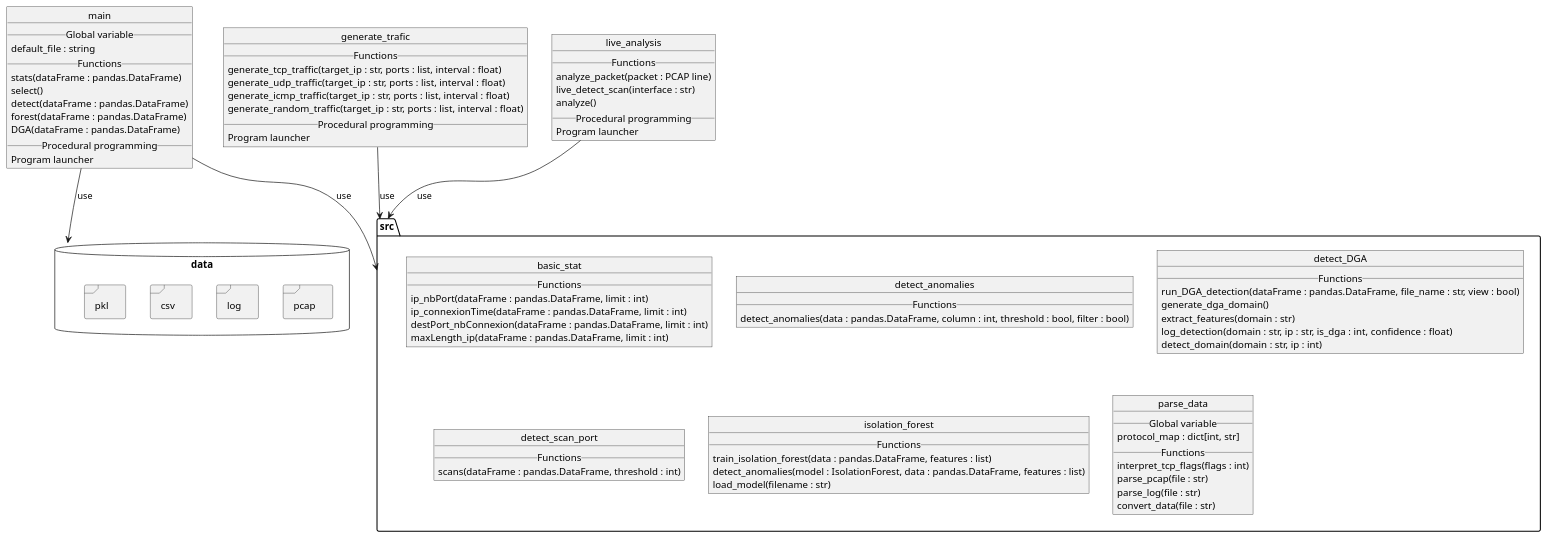
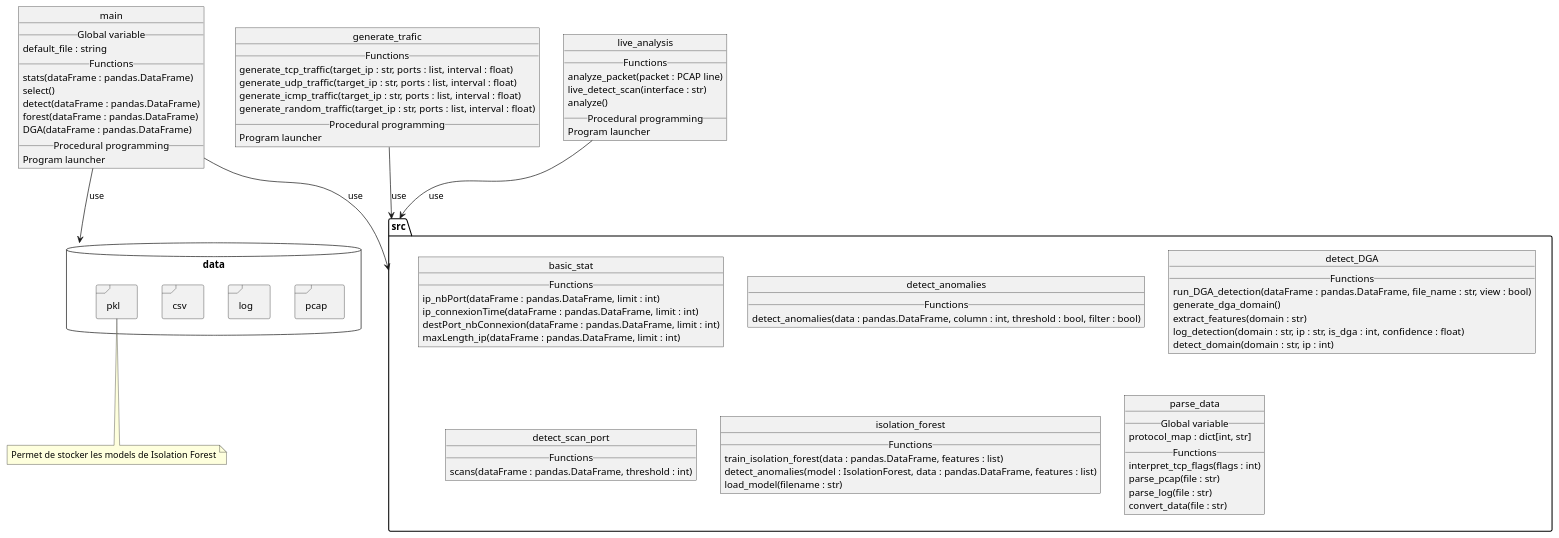
Before and after one commit to Julien3556/Projet_Analyse_Traffic_Reseaux: the diagram in documentation/UML.puml, drawn with PlantUML.

Commit message:
Remove unnecessary whitespace and add note for Isolation Forest model storage in UML diagram

```diff
--- a/documentation/UML.puml
+++ b/documentation/UML.puml
@@ -1,103 +1,102 @@
 @startuml UML
 database "data"{
     frame "pcap"{
     }
     frame "log"{
     }
     frame "csv"{
     }
     frame "pkl"{
     }
 }
 
 package src{
     object basic_stat{
         __Functions__
         ip_nbPort(dataFrame : pandas.DataFrame, limit : int)
         ip_connexionTime(dataFrame : pandas.DataFrame, limit : int)
         destPort_nbConnexion(dataFrame : pandas.DataFrame, limit : int)
         maxLength_ip(dataFrame : pandas.DataFrame, limit : int)
     }
 
     object detect_anomalies{
         __Functions__
         detect_anomalies(data : pandas.DataFrame, column : int, threshold : bool, filter : bool)
     }
 
     object detect_DGA{
         __Functions__
         run_DGA_detection(dataFrame : pandas.DataFrame, file_name : str, view : bool)
         generate_dga_domain()
         extract_features(domain : str)
         log_detection(domain : str, ip : str, is_dga : int, confidence : float)
         detect_domain(domain : str, ip : int)
     }
 
     object detect_scan_port{
         __Functions__
         scans(dataFrame : pandas.DataFrame, threshold : int)
     }
 
     object isolation_forest{
         __Functions__
         train_isolation_forest(data : pandas.DataFrame, features : list)
         detect_anomalies(model : IsolationForest, data : pandas.DataFrame, features : list)
         load_model(filename : str)
     }
 
     object parse_data{
         __Global variable__
         protocol_map : dict[int, str]
         __Functions__
         interpret_tcp_flags(flags : int)
         parse_pcap(file : str)
         parse_log(file : str)
         convert_data(file : str)
     }
 } 
 
-
-
-    
-
-
 object main{
     __Global variable__
     default_file : string
     __Functions__
     stats(dataFrame : pandas.DataFrame)
     select()
     detect(dataFrame : pandas.DataFrame)
     forest(dataFrame : pandas.DataFrame)
     DGA(dataFrame : pandas.DataFrame)
     __Procedural programming__
     Program launcher
 }
 
 object generate_trafic{
     __Functions__
     generate_tcp_traffic(target_ip : str, ports : list, interval : float)
     generate_udp_traffic(target_ip : str, ports : list, interval : float)
     generate_icmp_traffic(target_ip : str, ports : list, interval : float)
     generate_random_traffic(target_ip : str, ports : list, interval : float)
     __Procedural programming__
     Program launcher
 }
 
 object live_analysis{
     __Functions__
     analyze_packet(packet : PCAP line)
     live_detect_scan(interface : str)
     analyze()
     __Procedural programming__
     Program launcher
 }
 
 ' Dépendances
 main --> src : "use"
 live_analysis --> src : "use"
 generate_trafic --> src : "use"
 
 main --> data : "use"
 
+'Notes'
+note "Permet de stocker les models de Isolation Forest" as N1
+"pkl" .. N1
+
 @enduml
```
